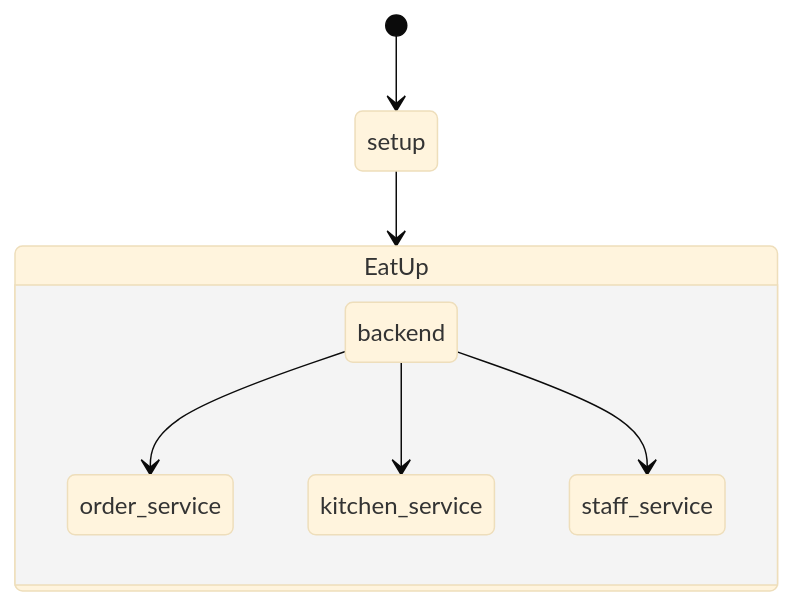
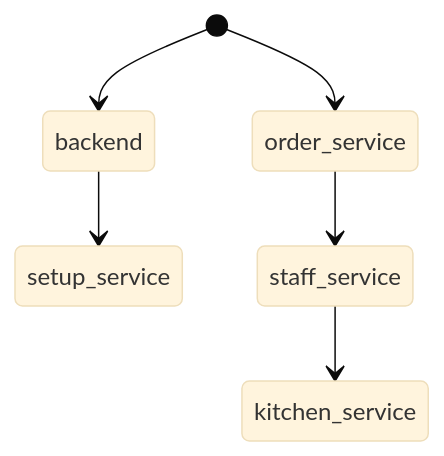
One commit to jkutkutOrg/EatUp changed the second of 2 diagrams in docs/project_analysis.md. Above: the diagram before and after it, drawn with Mermaid (base theme). The commit also changed other lines of this file, not shown here.

````diff
--- a/docs/project_analysis.md
+++ b/docs/project_analysis.md
@@ -60,10 +107,8 @@
 ```mermaid
 stateDiagram-v2
-    [*] --> setup
-    setup --> EatUp
-    state EatUp {
-        backend --> order_service
-        backend --> kitchen_service
-        backend --> staff_service
-    }
+  [*] --> backend
+  [*] --> order_service
+  backend --> setup_service
+  order_service --> staff_service
+  staff_service --> kitchen_service
 ```
````
